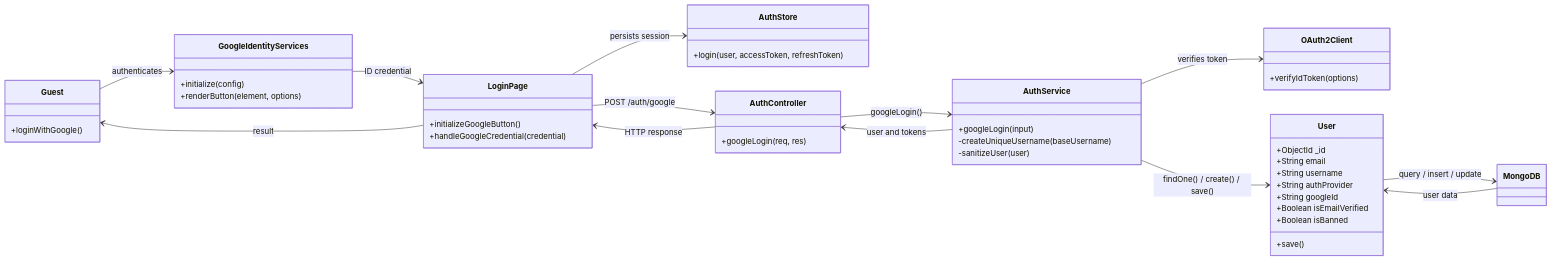
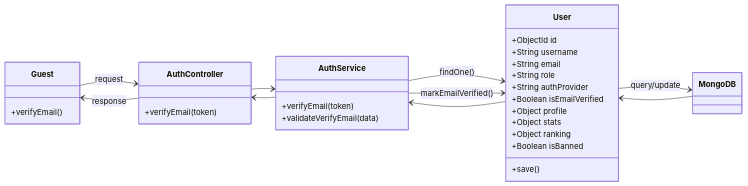
One commit to SUMMER2026SE/wdp301-rbl-project-wdp_se18d08_group-5 changed the seventh of 60 diagrams in docs/19_Detailed_Design.md. Above: the diagram before and after it, drawn with Mermaid. The commit also changed other lines of this file, not shown here.

````diff
--- a/docs/19_Detailed_Design.md
+++ b/docs/19_Detailed_Design.md
@@ -359,62 +528,43 @@
 ```mermaid
 classDiagram
 direction LR
 
 class Guest {
-    +loginWithGoogle()
-}
-
-class LoginPage {
-    +initializeGoogleButton()
-    +handleGoogleCredential(credential)
-}
-
-class GoogleIdentityServices {
-    +initialize(config)
-    +renderButton(element, options)
-}
-
-class AuthStore {
-    +login(user, accessToken, refreshToken)
+    +verifyEmail()
 }
 
 class AuthController {
-    +googleLogin(req, res)
+    +verifyEmail(token)
 }
 
 class AuthService {
-    +googleLogin(input)
-    -createUniqueUsername(baseUsername)
-    -sanitizeUser(user)
-}
-
-class OAuth2Client {
-    +verifyIdToken(options)
+    +verifyEmail(token)
+    +validateVerifyEmail(data)
 }
 
 class User {
-    +ObjectId _id
+    +ObjectId id
+    +String username
     +String email
-    +String username
+    +String role
     +String authProvider
-    +String googleId
     +Boolean isEmailVerified
+    +Object profile
+    +Object stats
+    +Object ranking
     +Boolean isBanned
     +save()
 }
 
 class MongoDB
 
-Guest --> GoogleIdentityServices : authenticates
-GoogleIdentityServices --> LoginPage : ID credential
-LoginPage --> AuthController : POST /auth/google
-AuthController --> AuthService : googleLogin()
-AuthService --> OAuth2Client : verifies token
-AuthService --> User : findOne() / create() / save()
-User --> MongoDB : query / insert / update
-MongoDB --> User : user data
-AuthService --> AuthController : user and tokens
-AuthController --> LoginPage : HTTP response
-LoginPage --> AuthStore : persists session
-LoginPage --> Guest : result
+Guest --> AuthController : request
+AuthController --> AuthService
+AuthService --> User : findOne()
+AuthService --> User : markEmailVerified()
+User --> MongoDB : query/update
+MongoDB --> User
+User --> AuthService
+AuthService --> AuthController
+AuthController --> Guest : response
 ```
````
